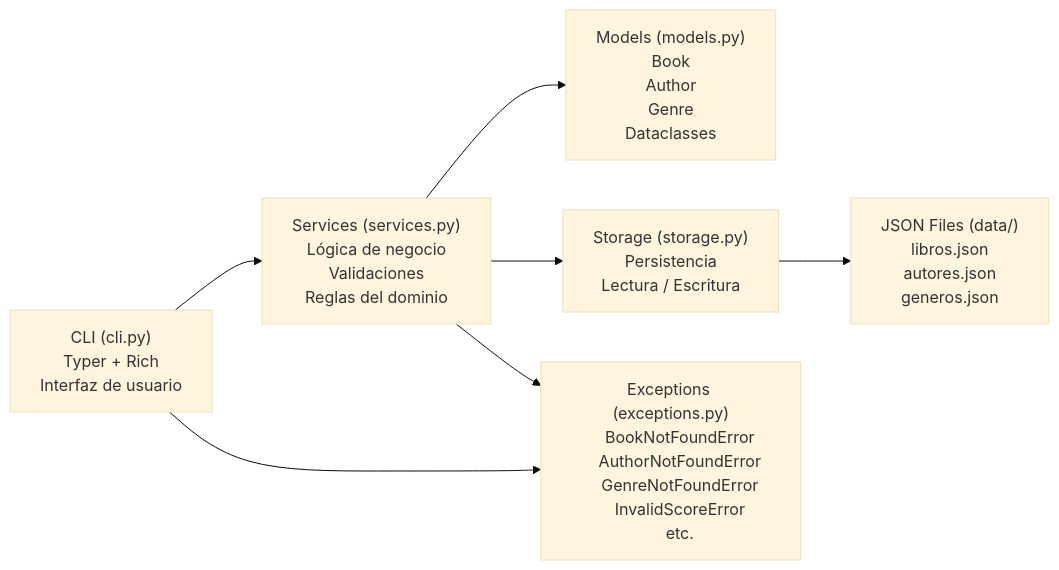
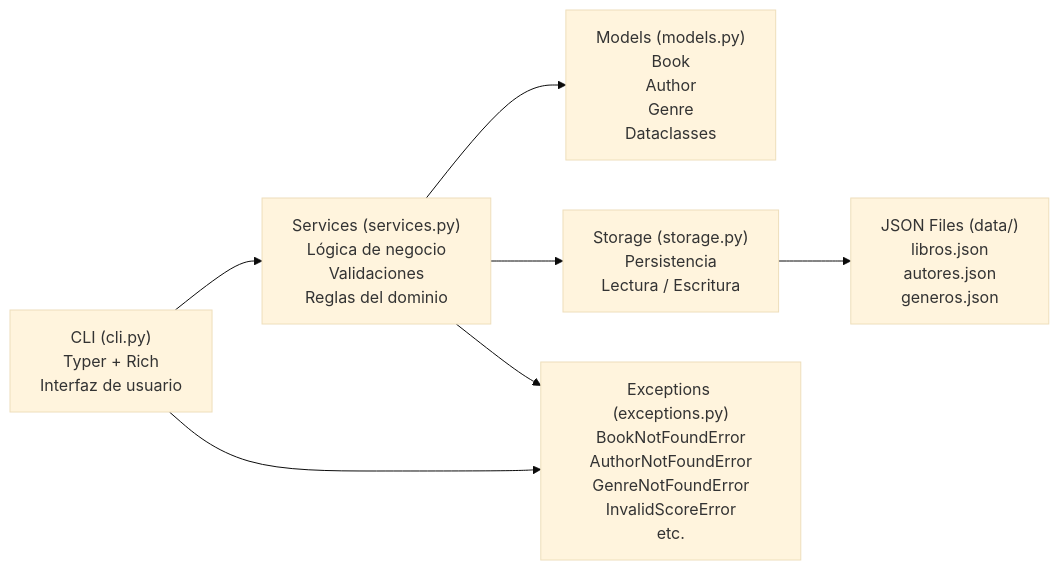
Before and after one commit to jeropez/personal_library: the first of 2 diagrams in docs/index.md, drawn with Mermaid (base theme). The commit also changed other lines of this file, not shown here.

Commit message:
mermaid charts update

````diff
--- a/docs/index.md
+++ b/docs/index.md
@@ -20,41 +20,22 @@
-``` mermaid
+```mermaid
 flowchart LR
 
-    CLI["CLI (cli.py)
-    Typer + Rich
-    Interfaz de usuario"]
+    CLI["CLI (cli.py)<br/>Typer + Rich<br/>Interfaz de usuario"]
 
-    SERVICES["Services (services.py)
-    Lógica de negocio
-    Validaciones
-    Reglas del dominio"]
+    SERVICES["Services (services.py)<br/>Lógica de negocio<br/>Validaciones<br/>Reglas del dominio"]
 
-    MODELS["Models (models.py)
-    Book
-    Author
-    Genre
-    Dataclasses"]
+    MODELS["Models (models.py)<br/>Book<br/>Author<br/>Genre<br/>Dataclasses"]
 
-    STORAGE["Storage (storage.py)
-    Persistencia
-    Lectura / Escritura"]
+    STORAGE["Storage (storage.py)<br/>Persistencia<br/>Lectura / Escritura"]
 
-    DATA["JSON Files (data/)
-    libros.json
-    autores.json
-    generos.json"]
+    DATA["JSON Files (data/)<br/>libros.json<br/>autores.json<br/>generos.json"]
 
-    EXCEPTIONS["Exceptions (exceptions.py)
-    BookNotFoundError
-    AuthorNotFoundError
-    GenreNotFoundError
-    InvalidScoreError
-    etc."]
+    EXCEPTIONS["Exceptions (exceptions.py)<br/>BookNotFoundError<br/>AuthorNotFoundError<br/>GenreNotFoundError<br/>InvalidScoreError<br/>etc."]
 
     CLI --> SERVICES
     SERVICES --> STORAGE
     STORAGE --> DATA
     SERVICES --> MODELS
     SERVICES --> EXCEPTIONS
     CLI --> EXCEPTIONS
 ```
````
